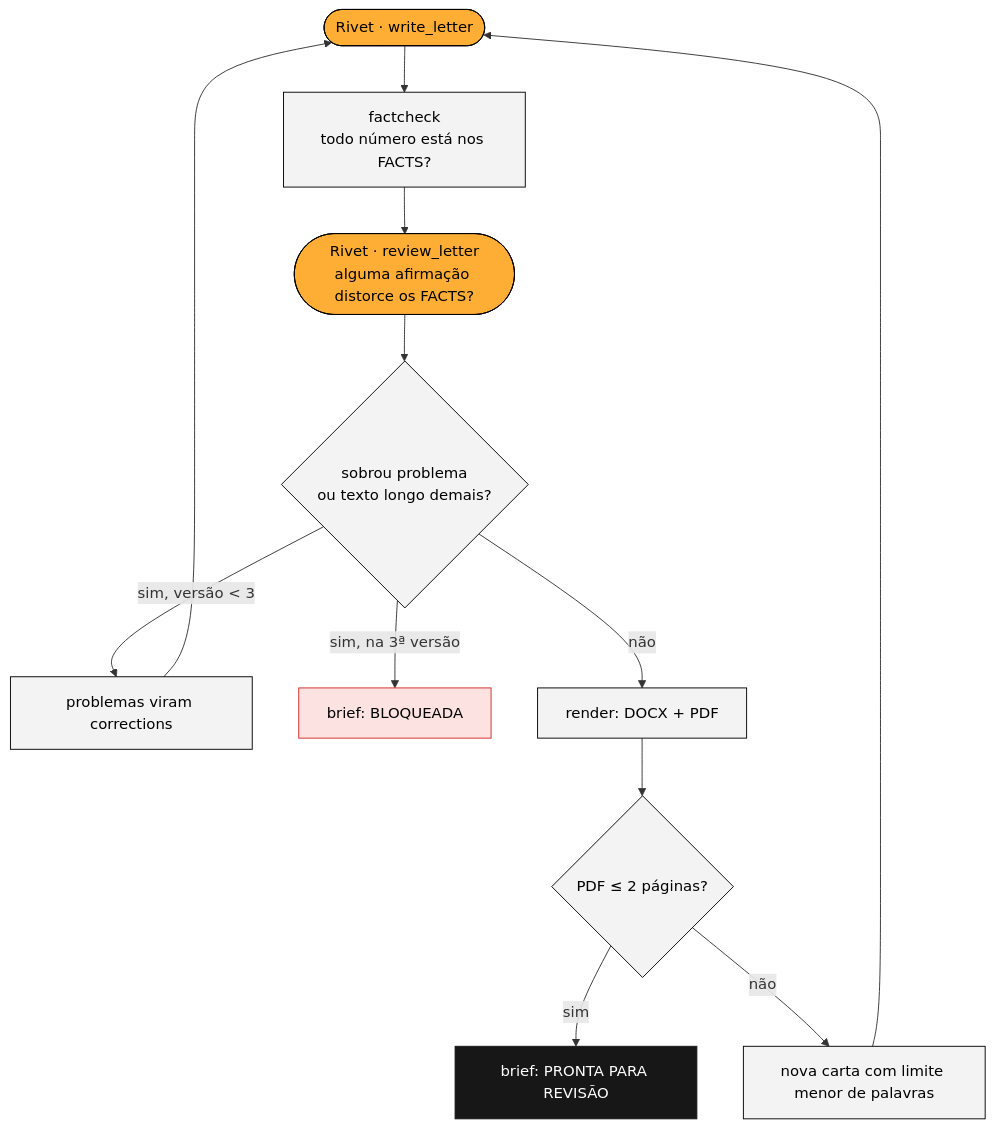
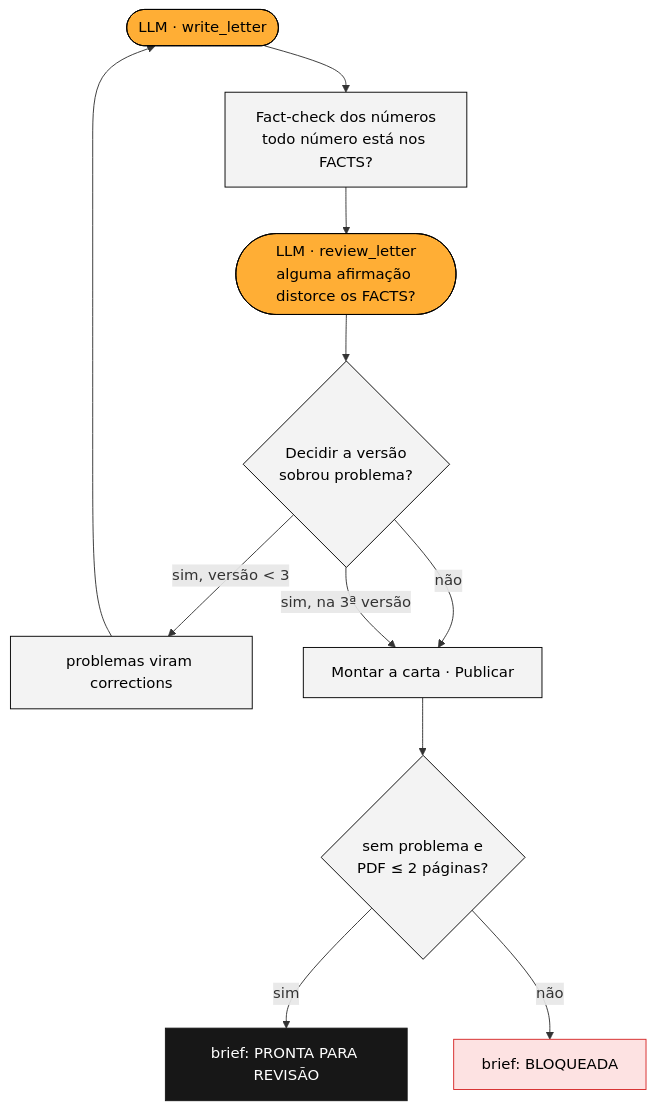
One commit to eu-adrianocarvalho/enter-challenge changed the third of 3 diagrams in docs/06_qualidade_e_travas.md. Above: the diagram before and after it, drawn with Mermaid. The commit also changed other lines of this file and 35 other files, not shown here.

````diff
--- a/docs/06_qualidade_e_travas.md
+++ b/docs/06_qualidade_e_travas.md
@@ -96,20 +93,20 @@
 ```mermaid
 flowchart TD
-  W(["Rivet · write_letter"]) --> F["factcheck<br/>todo número está nos FACTS?"]
-  F --> R(["Rivet · review_letter<br/>alguma afirmação distorce os FACTS?"])
-  R --> Q{"sobrou problema<br/>ou texto longo demais?"}
+  W(["LLM · write_letter"]) --> F["Fact-check dos números<br/>todo número está nos FACTS?"]
+  F --> R(["LLM · review_letter<br/>alguma afirmação distorce os FACTS?"])
+  R --> Q{"Decidir a versão<br/>sobrou problema?"}
   Q -- "sim, versão < 3" --> K["problemas viram corrections"] --> W
-  Q -- "sim, na 3ª versão" --> B["brief: BLOQUEADA"]
-  Q -- não --> P["render: DOCX + PDF"]
-  P --> G{"PDF ≤ 2 páginas?"}
+  Q -- "não" --> P["Montar a carta · Publicar"]
+  Q -- "sim, na 3ª versão" --> P
+  P --> G{"sem problema e<br/>PDF ≤ 2 páginas?"}
   G -- sim --> OK["brief: PRONTA PARA REVISÃO"]
-  G -- não --> W2["nova carta com limite menor de palavras"] --> W
+  G -- não --> B["brief: BLOQUEADA"]
   classDef rivet fill:#ffae35,stroke:#000,color:#000
-  classDef py fill:#f3f3f3,stroke:#000,color:#000
+  classDef code fill:#f3f3f3,stroke:#000,color:#000
   classDef io fill:#171717,stroke:#171717,color:#fff
   classDef bad fill:#fde2e2,stroke:#d62828,color:#000
   class W,R rivet
-  class F,Q,K,P,G,W2 py
+  class F,Q,K,P,G code
   class OK io
   class B bad
 ```
````
